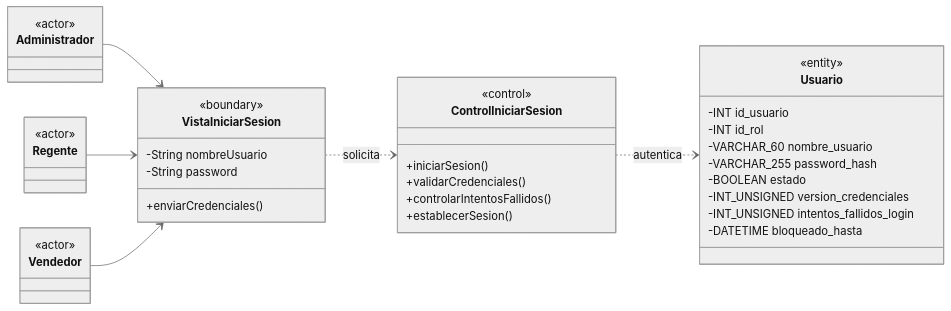
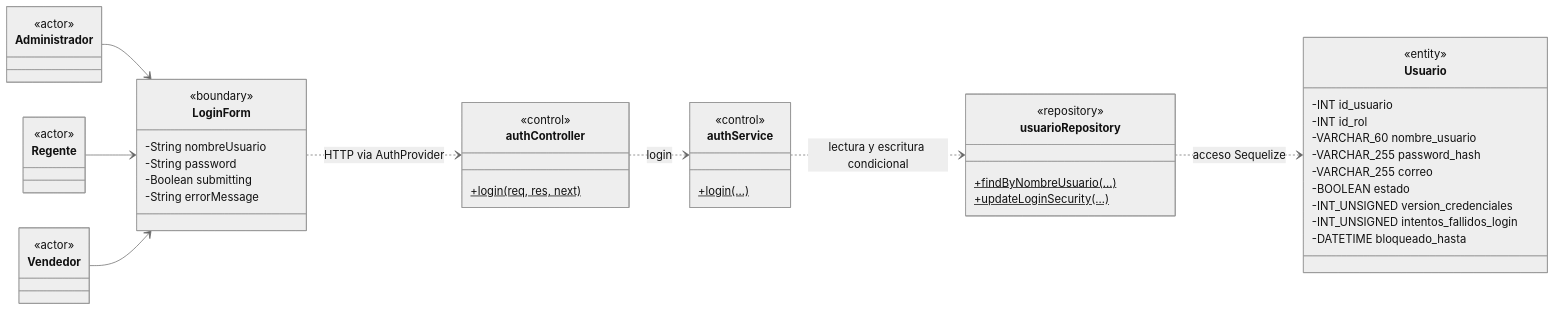
One commit to CreepyBowDev/cadefar-inventory-system changed the first of 34 diagrams in docs/ai/analisis-clases-academico.md. Above: the diagram before and after it, drawn with Mermaid (neutral theme). The commit also changed other lines of this file, not shown here.

````diff
--- a/docs/ai/analisis-clases-academico.md
+++ b/docs/ai/analisis-clases-academico.md
@@ -82,36 +88,46 @@
 ```mermaid
 classDiagram
     direction LR
     class Administrador { <<actor>> }
     class Regente { <<actor>> }
     class Vendedor { <<actor>> }
-    class VistaIniciarSesion {
+    class LoginForm {
         <<boundary>>
         -String nombreUsuario
         -String password
-        +enviarCredenciales()
+        -Boolean submitting
+        -String errorMessage
     }
-    class ControlIniciarSesion {
+    class authController {
         <<control>>
-        +iniciarSesion()
-        +validarCredenciales()
-        +controlarIntentosFallidos()
-        +establecerSesion()
+        +login(req, res, next)$
+    }
+    class authService {
+        <<control>>
+        +login(...)$
+    }
+    class usuarioRepository {
+        <<repository>>
+        +findByNombreUsuario(...)$
+        +updateLoginSecurity(...)$
     }
     class Usuario {
         <<entity>>
         -INT id_usuario
         -INT id_rol
         -VARCHAR_60 nombre_usuario
         -VARCHAR_255 password_hash
+        -VARCHAR_255 correo
         -BOOLEAN estado
         -INT_UNSIGNED version_credenciales
         -INT_UNSIGNED intentos_fallidos_login
         -DATETIME bloqueado_hasta
     }
-    Administrador --> VistaIniciarSesion
-    Regente --> VistaIniciarSesion
-    Vendedor --> VistaIniciarSesion
-    VistaIniciarSesion ..> ControlIniciarSesion : solicita
-    ControlIniciarSesion ..> Usuario : autentica
+    Administrador --> LoginForm
+    Regente --> LoginForm
+    Vendedor --> LoginForm
+    LoginForm ..> authController : HTTP via AuthProvider
+    authController ..> authService : login
+    authService ..> usuarioRepository : lectura y escritura condicional
+    usuarioRepository ..> Usuario : acceso Sequelize
 ```
````
